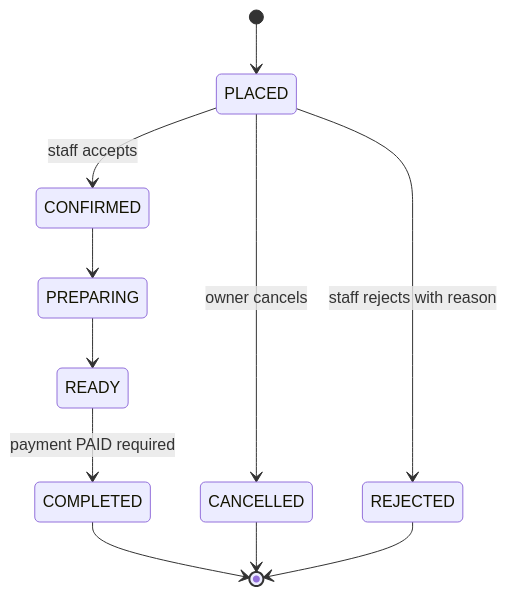
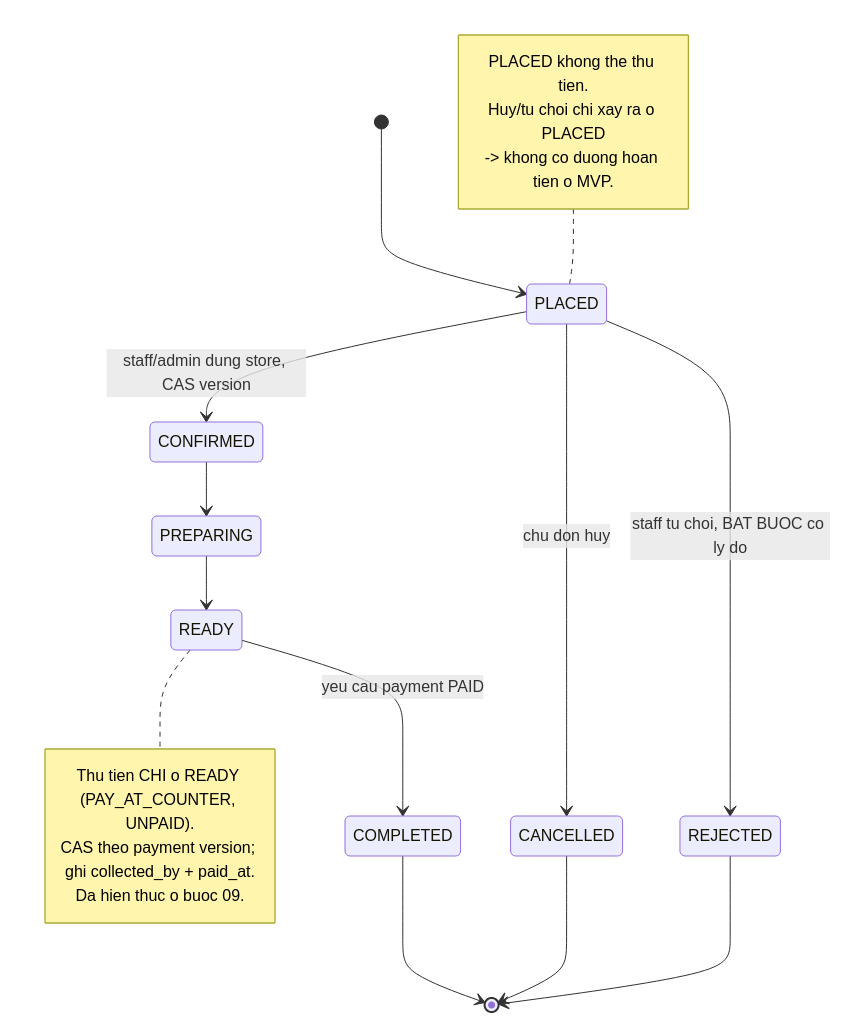
One commit to khoatmhcm1999vn/viva-spring-reactjs changed the diagram in docs/diagrams/order-lifecycle.mmd. Above: the diagram before and after it, drawn with Mermaid. The commit also changed 16 other files, not shown here.

```diff
--- a/docs/diagrams/order-lifecycle.mmd
+++ b/docs/diagrams/order-lifecycle.mmd
@@ -1,11 +1,23 @@
 stateDiagram-v2
   [*] --> PLACED
-  PLACED --> CONFIRMED: staff accepts
+  PLACED --> CONFIRMED: staff/admin dung store, CAS version
   CONFIRMED --> PREPARING
   PREPARING --> READY
-  READY --> COMPLETED: payment PAID required
-  PLACED --> CANCELLED: owner cancels
-  PLACED --> REJECTED: staff rejects with reason
+  READY --> COMPLETED: yeu cau payment PAID
+  PLACED --> CANCELLED: chu don huy
+  PLACED --> REJECTED: staff tu choi, BAT BUOC co ly do
   COMPLETED --> [*]
   CANCELLED --> [*]
   REJECTED --> [*]
+
+  note right of READY
+    Thu tien CHI o READY (PAY_AT_COUNTER, UNPAID).
+    CAS theo payment version; ghi collected_by + paid_at.
+    Da hien thuc o buoc 09.
+  end note
+
+  note left of PLACED
+    PLACED khong the thu tien.
+    Huy/tu choi chi xay ra o PLACED
+    -> khong co duong hoan tien o MVP.
+  end note
```
